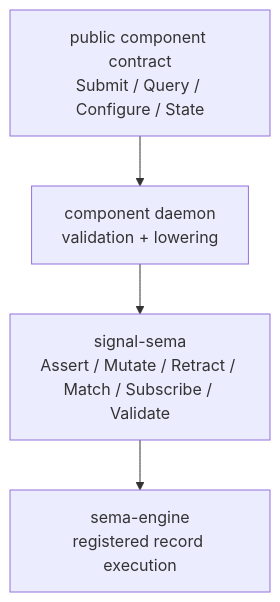
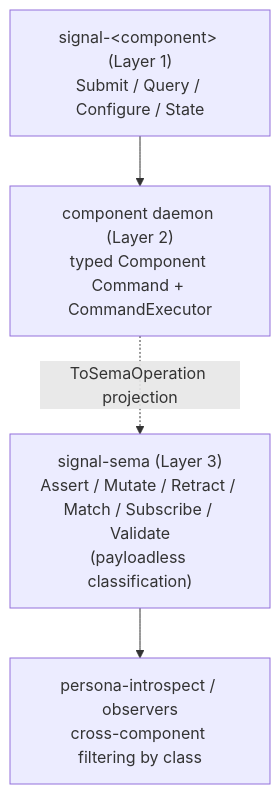
Before and after one commit to LiGoldragon/signal-sema: the diagram in ARCHITECTURE.md, drawn with Mermaid. The commit also changed other lines of this file and 1 other file, not shown here.

Commit message:
signal-sema: ARCH + skills align with three-layer model — Sema as payloadless classification (per /246-v4)

````diff
--- a/ARCHITECTURE.md
+++ b/ARCHITECTURE.md
@@ -93,11 +121,11 @@
 ```mermaid
 flowchart TB
-    contract["public component contract<br/>Submit / Query / Configure / State"]
-    daemon["component daemon<br/>validation + lowering"]
-    sema["signal-sema<br/>Assert / Mutate / Retract / Match / Subscribe / Validate"]
-    engine["sema-engine<br/>registered record execution"]
+    contract["signal-&lt;component&gt; (Layer 1)<br/>Submit / Query / Configure / State"]
+    daemon["component daemon (Layer 2)<br/>typed Component Command + CommandExecutor"]
+    sema["signal-sema (Layer 3)<br/>Assert / Mutate / Retract / Match / Subscribe / Validate<br/>(payloadless classification)"]
+    observer["persona-introspect / observers<br/>cross-component filtering by class"]
 
     contract --> daemon
-    daemon --> sema
-    sema --> engine
+    daemon -. "ToSemaOperation projection" .-> sema
+    sema --> observer
 ```
````
